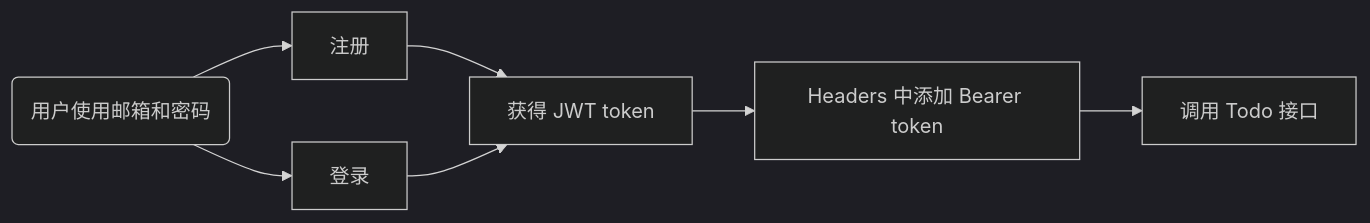
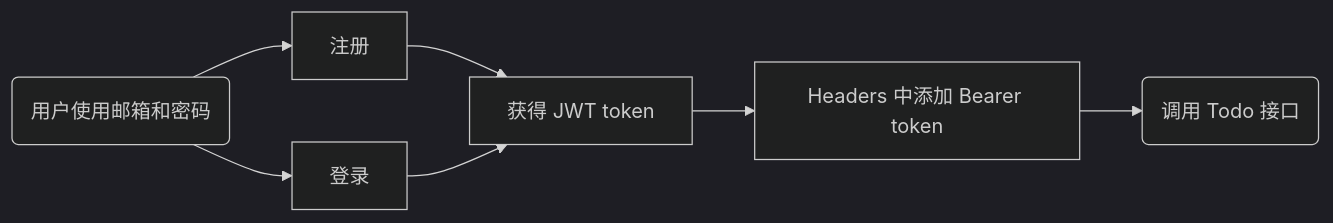
Before and after one commit to rimland/rimland.github.io: the diagram in _drafts/2021-04-08-asp-net-core-5-rest-api-authentication-with-jwt-step-by-step.md, drawn with Mermaid (dark theme). The commit also changed 1 other file, not shown here.

````diff
--- a/_drafts/2021-04-08-asp-net-core-5-rest-api-authentication-with-jwt-step-by-step.md
+++ b/_drafts/2021-04-08-asp-net-core-5-rest-api-authentication-with-jwt-step-by-step.md
@@ -431,8 +431,6 @@
 ```mermaid
 graph LR
 A(用户使用邮箱和密码) --> B[注册] & C[登录] --> D[获得 JWT token]
-
 D --> E[Headers 中添加 Bearer token]
-
-E --> F[调用 Todo 接口]
+E --> F(调用 Todo 接口)
 ```
````
